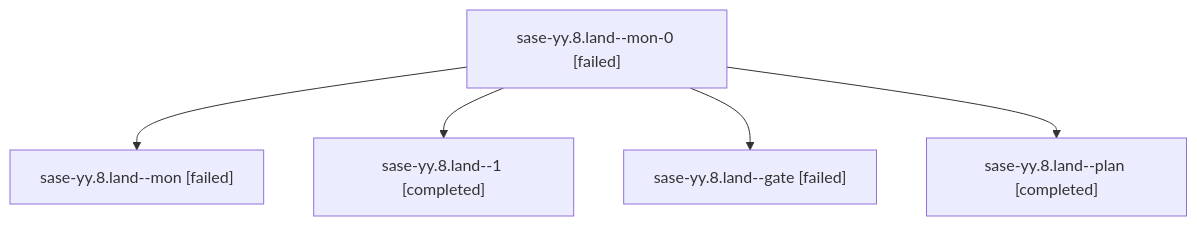
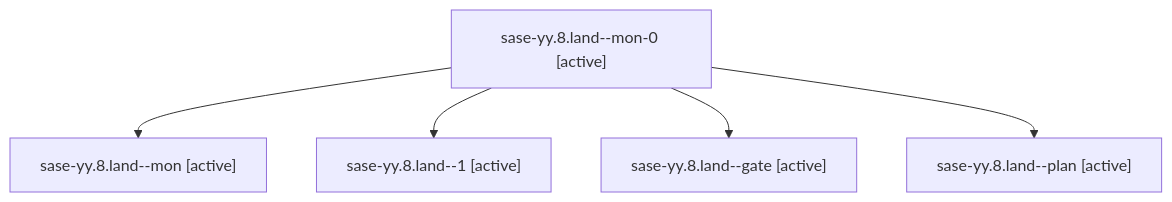
One commit to sase-org/sase--agents changed the diagram in families/bbugyi200.athena.sase-yy.8.land.md. Above: the diagram before and after it, drawn with Mermaid. The commit also changed other lines of this file and 35830 other files, not shown here.

````diff
--- a/families/bbugyi200.athena.sase-yy.8.land.md
+++ b/families/bbugyi200.athena.sase-yy.8.land.md
@@ -9,12 +9,12 @@
 ```mermaid
 flowchart TD
-  n0["sase-yy.8.land--mon-0 [failed]"]
-  n1["sase-yy.8.land--mon [failed]"]
+  n0["sase-yy.8.land--mon-0 [active]"]
+  n1["sase-yy.8.land--mon [active]"]
   n0 --> n1
-  n2["sase-yy.8.land--1 [completed]"]
+  n2["sase-yy.8.land--1 [active]"]
   n0 --> n2
-  n3["sase-yy.8.land--gate [failed]"]
+  n3["sase-yy.8.land--gate [active]"]
   n0 --> n3
-  n4["sase-yy.8.land--plan [completed]"]
+  n4["sase-yy.8.land--plan [active]"]
   n0 --> n4
 ```
````
